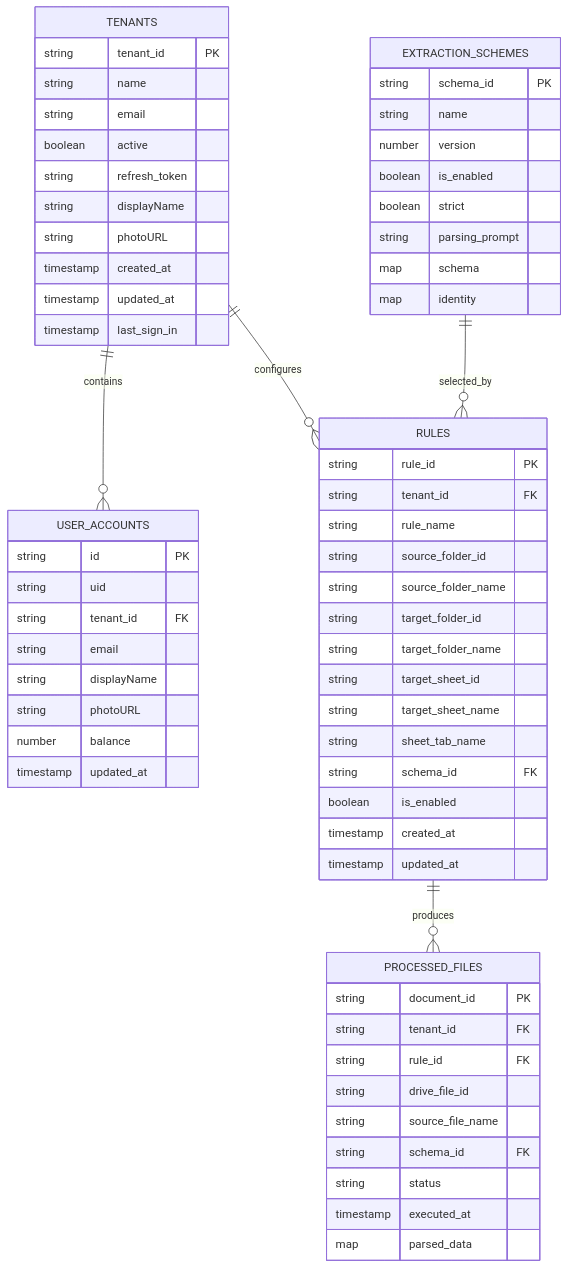
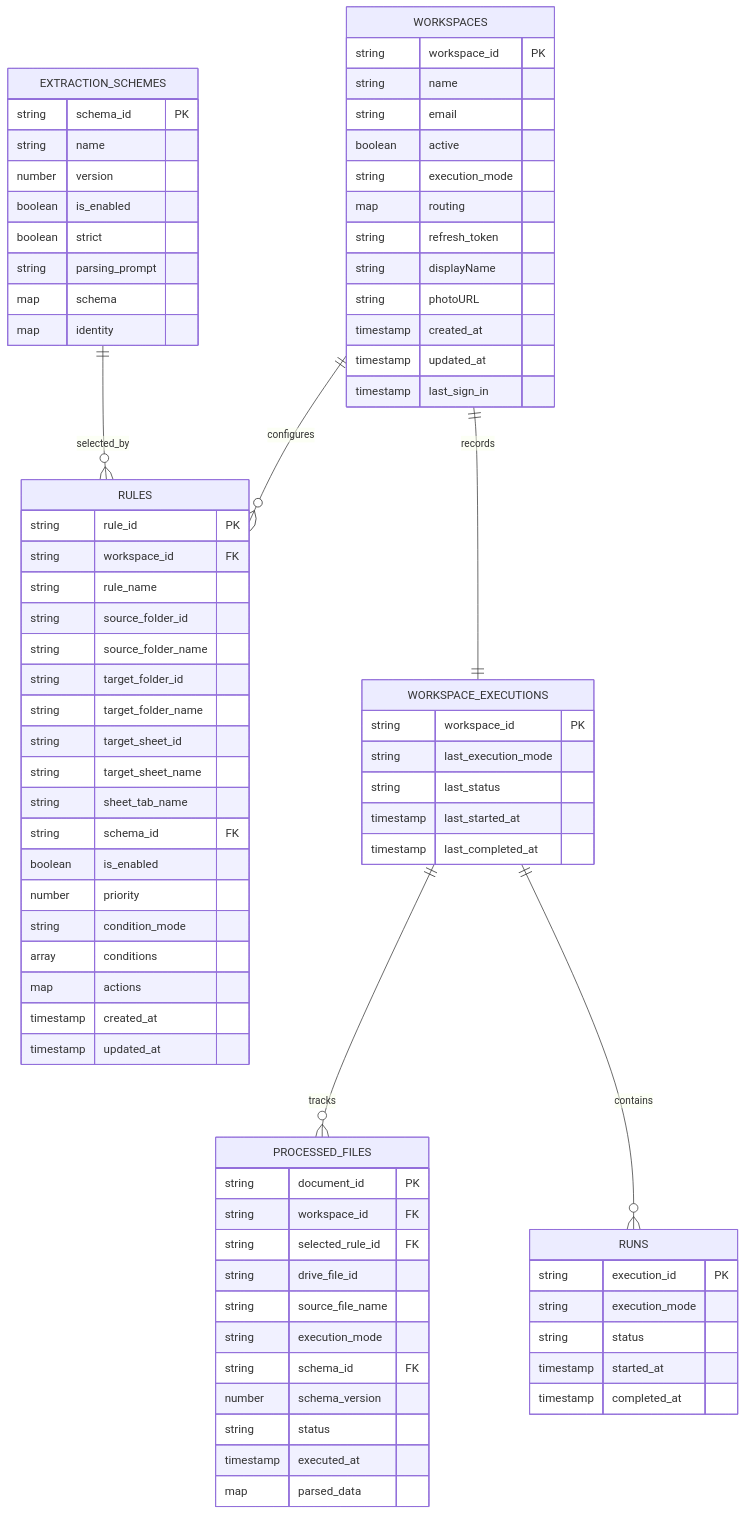
Before and after one commit to breakpoint-software/document-parser-agent: the diagram in document-parser/README.md, drawn with Mermaid. The commit also changed other lines of this file and 130 other files, not shown here.

````diff
--- a/document-parser/README.md
+++ b/document-parser/README.md
@@ -21,15 +21,18 @@
 ```mermaid
 erDiagram
-	TENANTS ||--o{ USER_ACCOUNTS : contains
-	TENANTS ||--o{ RULES : configures
+	WORKSPACES ||--o{ RULES : configures
+	WORKSPACES ||--|| WORKSPACE_EXECUTIONS : records
 	EXTRACTION_SCHEMES ||--o{ RULES : selected_by
-	RULES ||--o{ PROCESSED_FILES : produces
+	WORKSPACE_EXECUTIONS ||--o{ PROCESSED_FILES : tracks
+	WORKSPACE_EXECUTIONS ||--o{ RUNS : contains
 
-	TENANTS {
-		string tenant_id PK
+	WORKSPACES {
+		string workspace_id PK
 		string name
 		string email
 		boolean active
+		string execution_mode
+		map routing
 		string refresh_token
 		string displayName
 		string photoURL
@@ -38,20 +41,9 @@
 		timestamp last_sign_in
 	}
 
-	USER_ACCOUNTS {
-		string id PK
-		string uid
-		string tenant_id FK
-		string email
-		string displayName
-		string photoURL
-		number balance
-		timestamp updated_at
-	}
-
 	RULES {
 		string rule_id PK
-		string tenant_id FK
+		string workspace_id FK
 		string rule_name
 		string source_folder_id
 		string source_folder_name
@@ -62,6 +54,10 @@
 		string sheet_tab_name
 		string schema_id FK
 		boolean is_enabled
+		number priority
+		string condition_mode
+		array conditions
+		map actions
 		timestamp created_at
 		timestamp updated_at
 	}
@@ -77,15 +73,33 @@
 		map identity
 	}
 
+	WORKSPACE_EXECUTIONS {
+		string workspace_id PK
+		string last_execution_mode
+		string last_status
+		timestamp last_started_at
+		timestamp last_completed_at
+	}
+
 	PROCESSED_FILES {
 		string document_id PK
-		string tenant_id FK
-		string rule_id FK
+		string workspace_id FK
+		string selected_rule_id FK
 		string drive_file_id
 		string source_file_name
+		string execution_mode
 		string schema_id FK
+		number schema_version
 		string status
 		timestamp executed_at
 		map parsed_data
 	}
+
+	RUNS {
+		string execution_id PK
+		string execution_mode
+		string status
+		timestamp started_at
+		timestamp completed_at
+	}
 ```
````
